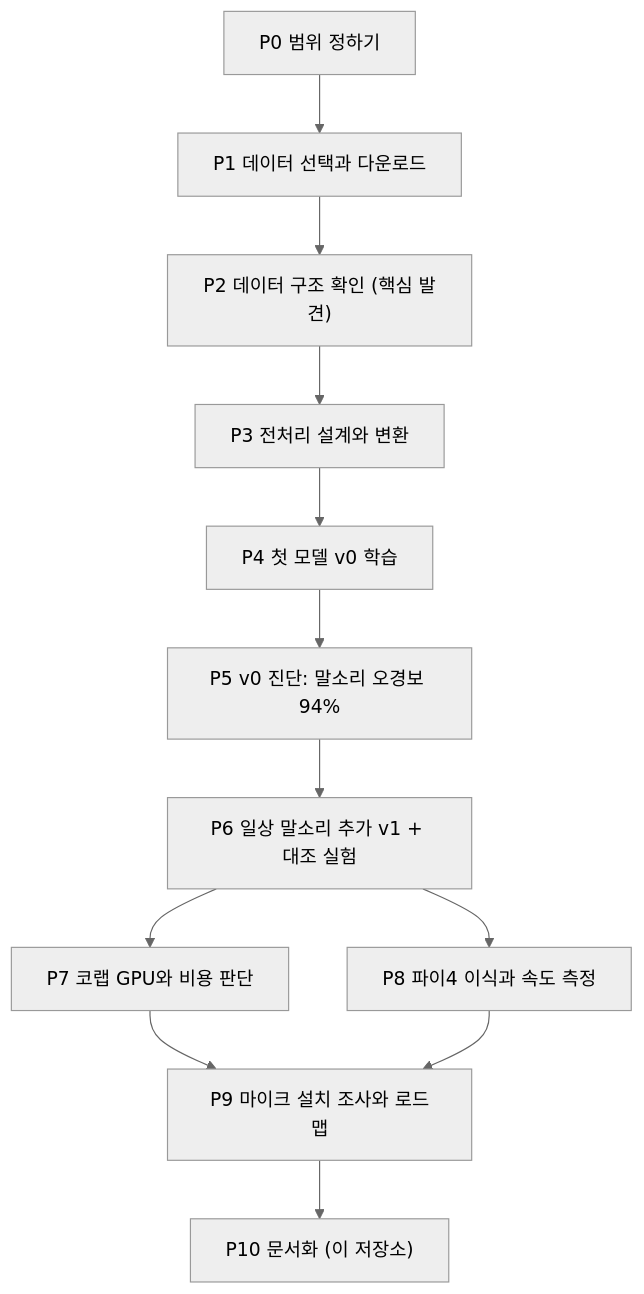
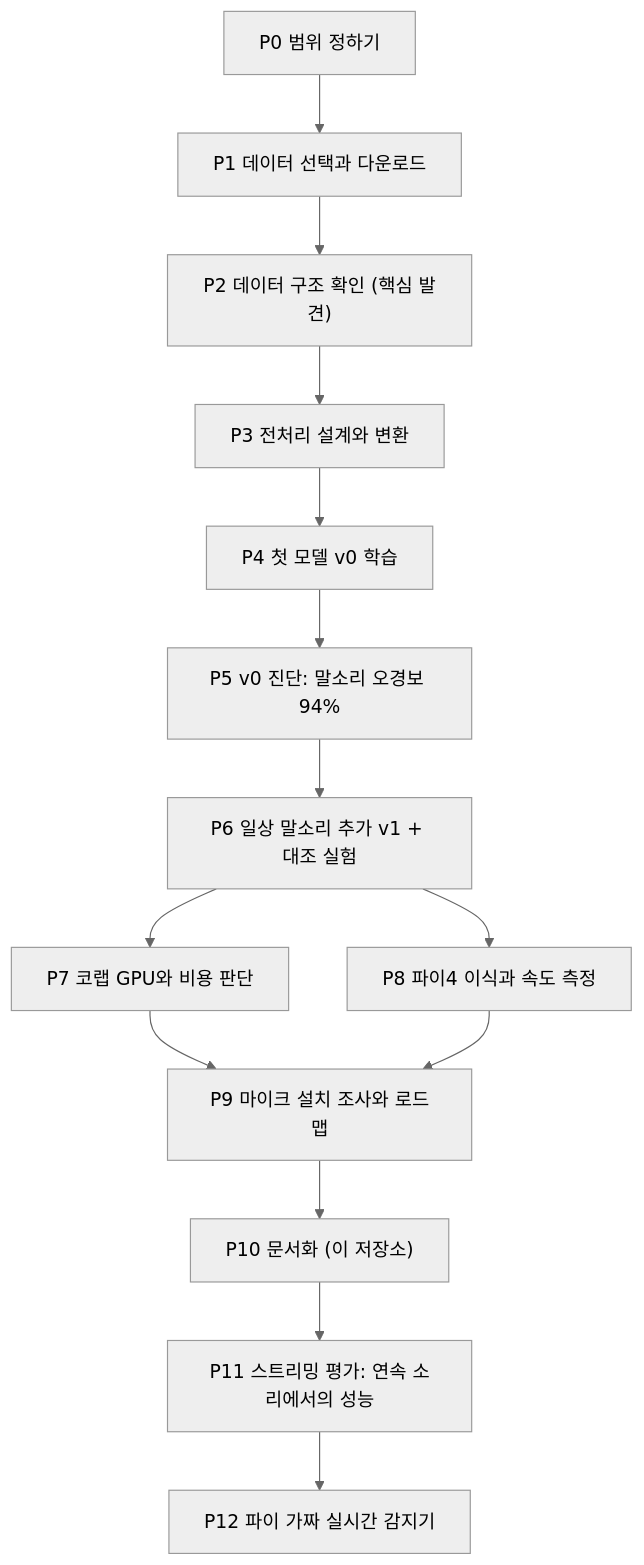
The diagram in docs/01_TIMELINE.md (parkjiwon3225-ship-it/AI_HUMAN_CARE), drawn with Mermaid (neutral theme) before and after one commit. The commit also changed other lines of this file and 17 other files, not shown here.

````diff
--- a/docs/01_TIMELINE.md
+++ b/docs/01_TIMELINE.md
@@ -9,14 +9,16 @@
 ```mermaid
 flowchart TD
   P0["P0 범위 정하기"] --> P1["P1 데이터 선택과 다운로드"]
   P1 --> P2["P2 데이터 구조 확인 (핵심 발견)"]
   P2 --> P3["P3 전처리 설계와 변환"]
   P3 --> P4["P4 첫 모델 v0 학습"]
   P4 --> P5["P5 v0 진단: 말소리 오경보 94%"]
   P5 --> P6["P6 일상 말소리 추가 v1 + 대조 실험"]
   P6 --> P7["P7 코랩 GPU와 비용 판단"]
   P6 --> P8["P8 파이4 이식과 속도 측정"]
   P7 --> P9["P9 마이크 설치 조사와 로드맵"]
   P8 --> P9
   P9 --> P10["P10 문서화 (이 저장소)"]
+  P10 --> P11["P11 스트리밍 평가: 연속 소리에서의 성능"]
+  P11 --> P12["P12 파이 가짜 실시간 감지기"]
 ```
````
